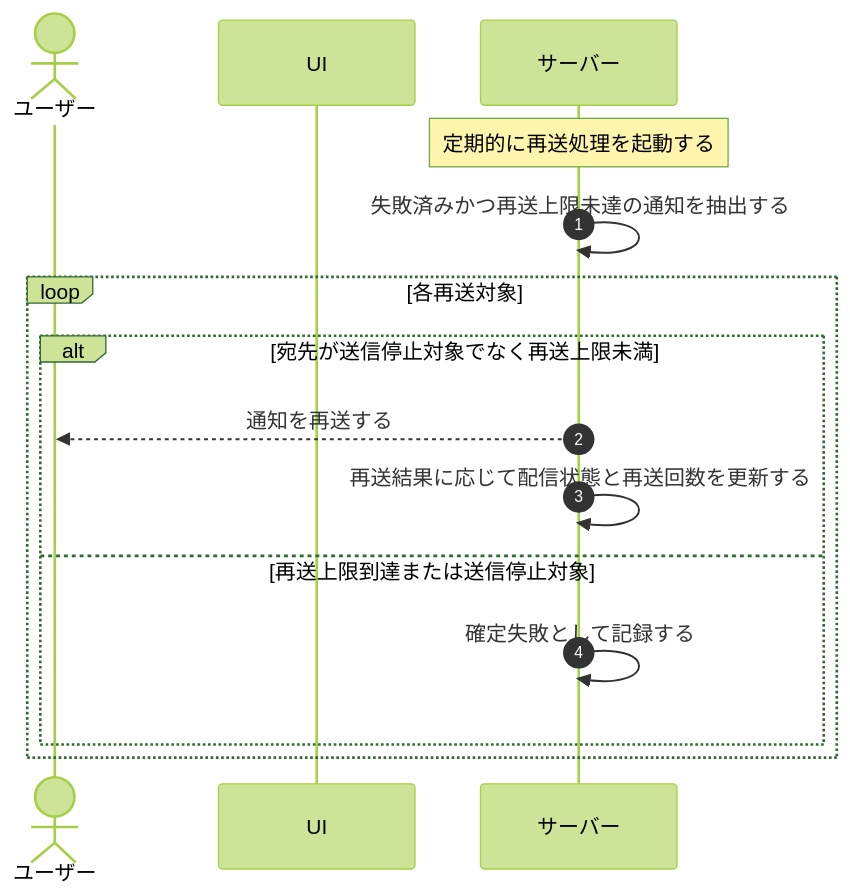
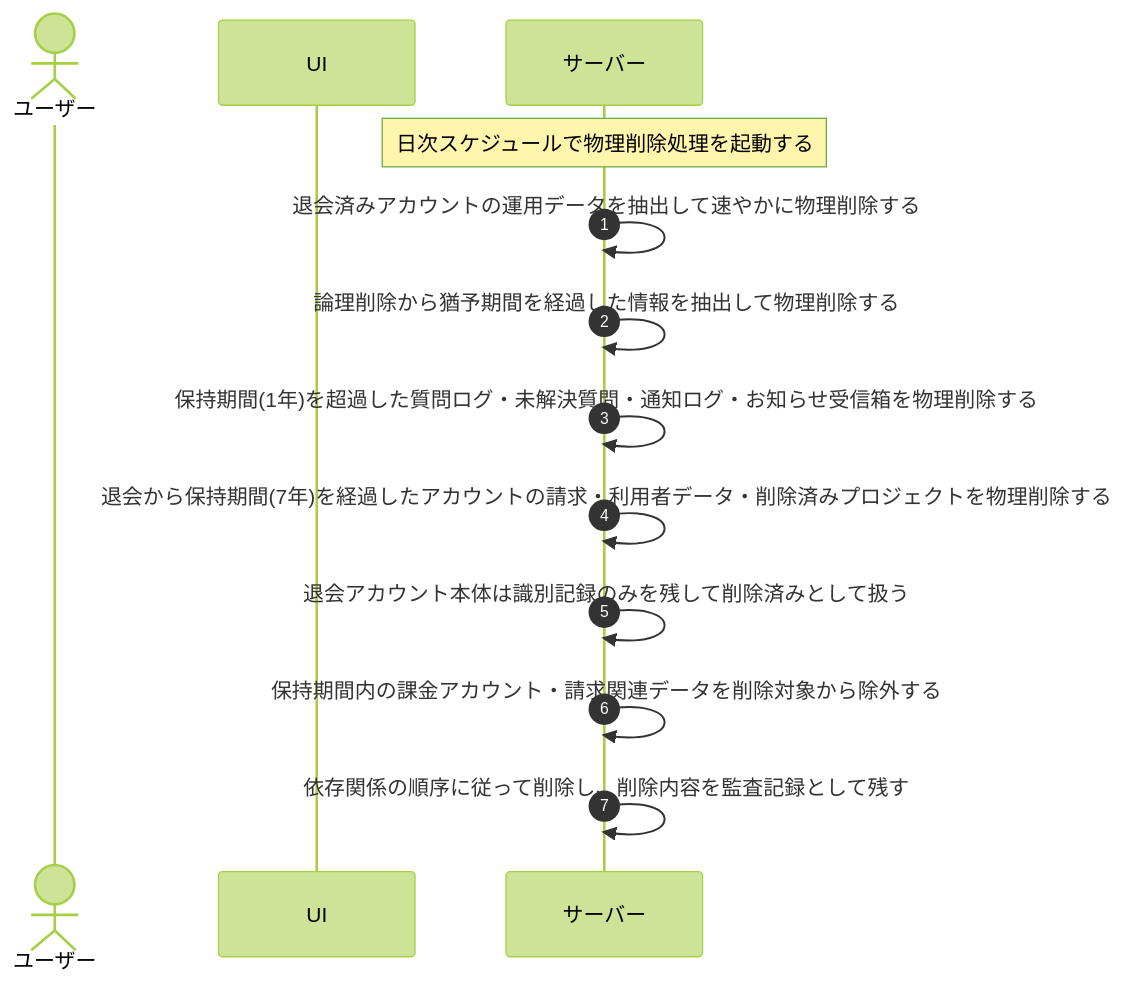
One commit to sikakou54/open-faq changed the diagram in 01_requirements/04_business_usecases/UC-066.md. Above: the diagram before and after it, drawn with Mermaid (forest theme). The commit also changed other lines of this file and 395 other files, not shown here.

````diff
--- a/01_requirements/04_business_usecases/UC-066.md
+++ b/01_requirements/04_business_usecases/UC-066.md
@@ -27,18 +27,16 @@
 ```mermaid
 sequenceDiagram
   autonumber
   actor U as ユーザー
   participant UI as UI
   participant S as サーバー
 
-  Note over S: 定期的に再送処理を起動する
-  S->>S: 失敗済みかつ再送上限未達の通知を抽出する
-  loop 各再送対象
-    alt 宛先が送信停止対象でなく再送上限未満
-      S-->>U: 通知を再送する
-      S->>S: 再送結果に応じて配信状態と再送回数を更新する
-    else 再送上限到達または送信停止対象
-      S->>S: 確定失敗として記録する
-    end
-  end
+  Note over S: 日次スケジュールで物理削除処理を起動する
+  S->>S: 退会済みアカウントの運用データを抽出して速やかに物理削除する
+  S->>S: 論理削除から猶予期間を経過した情報を抽出して物理削除する
+  S->>S: 保持期間(1年)を超過した質問ログ・未解決質問・通知ログ・お知らせ受信箱を物理削除する
+  S->>S: 退会から保持期間(7年)を経過したアカウントの請求・利用者データ・削除済みプロジェクトを物理削除する
+  S->>S: 退会アカウント本体は識別記録のみを残して削除済みとして扱う
+  S->>S: 保持期間内の課金アカウント・請求関連データを削除対象から除外する
+  S->>S: 依存関係の順序に従って削除し、削除内容を監査記録として残す
 ```
````
